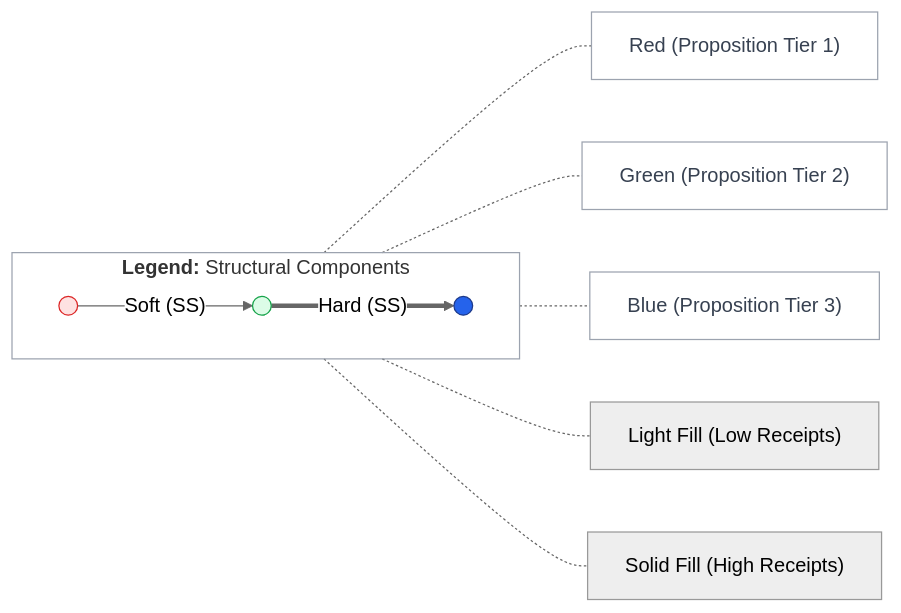
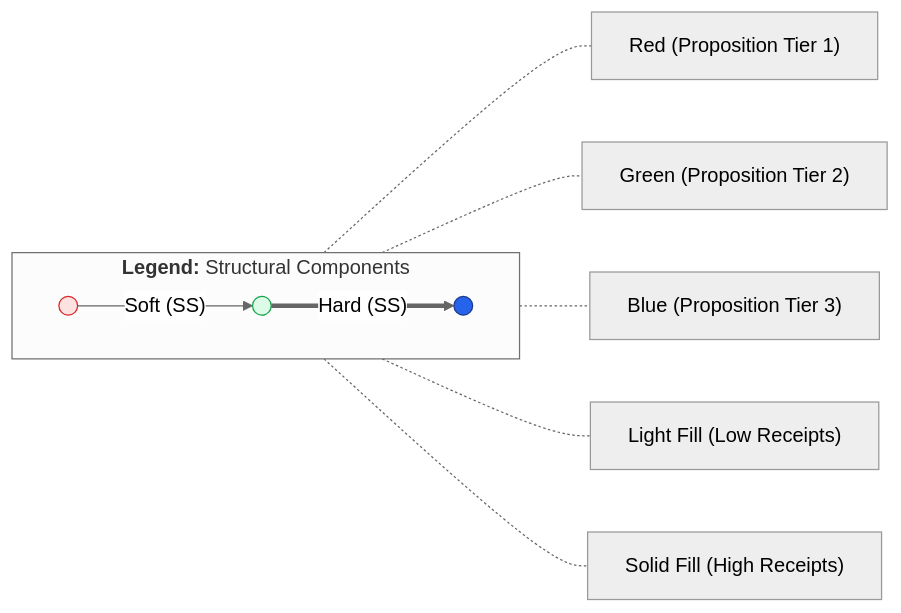
Before and after one commit to clairemira/miranova: the third of 13 diagrams in content/commons.mdx, drawn with Mermaid. The commit also changed other lines of this file and 23 other files, not shown here.

Commit message:
Added dark mode support for mermaid nodes

````diff
--- a/content/commons.mdx
+++ b/content/commons.mdx
@@ -417,42 +388,37 @@
 ```mermaid
 ---
 config:
   flowchart:
     curve: basis
   theme: neutral
 ---
 flowchart LR
   subgraph MAIN["<strong>Legend:</strong> Structural Components"]
     direction LR
     R(( ))
     G(( ))
     B(( ))
     R -- "Soft (SS)" --> G
     G == "Hard (SS)" ==> B
   end
 
-  KEY1["Red (Proposition Tier 1)"]
-  KEY2["Green (Proposition Tier 2)"]
-  KEY3["Blue (Proposition Tier 3)"]
+  KEY1["Red (Proposition Tier 1)"]:::activity
+  KEY2["Green (Proposition Tier 2)"]:::frontier
+  KEY3["Blue (Proposition Tier 3)"]:::canon
   KEY4["Light Fill (Low Receipts)"]
   KEY5["Solid Fill (High Receipts)"]
 
   R -.- KEY1
   G -.- KEY2
   B -.- KEY3
   R -.- KEY4
   B -.- KEY5
 
   class R rLight
   class G gLight
   class B bSolid
 
   classDef rLight fill:#fee2e2,stroke:#dc2626,color:#7f1d1d
   classDef gLight fill:#dcfce7,stroke:#16a34a,color:#14532d
   classDef bSolid fill:#2563eb,stroke:#1e3a8a,color:#fff
-
-  style KEY1 fill:transparent,stroke:#9ca3af,color:#374151
-  style KEY2 fill:transparent,stroke:#9ca3af,color:#374151
-  style KEY3 fill:transparent,stroke:#9ca3af,color:#374151
-  style MAIN fill:transparent,stroke:#9ca3af
 ```
````
